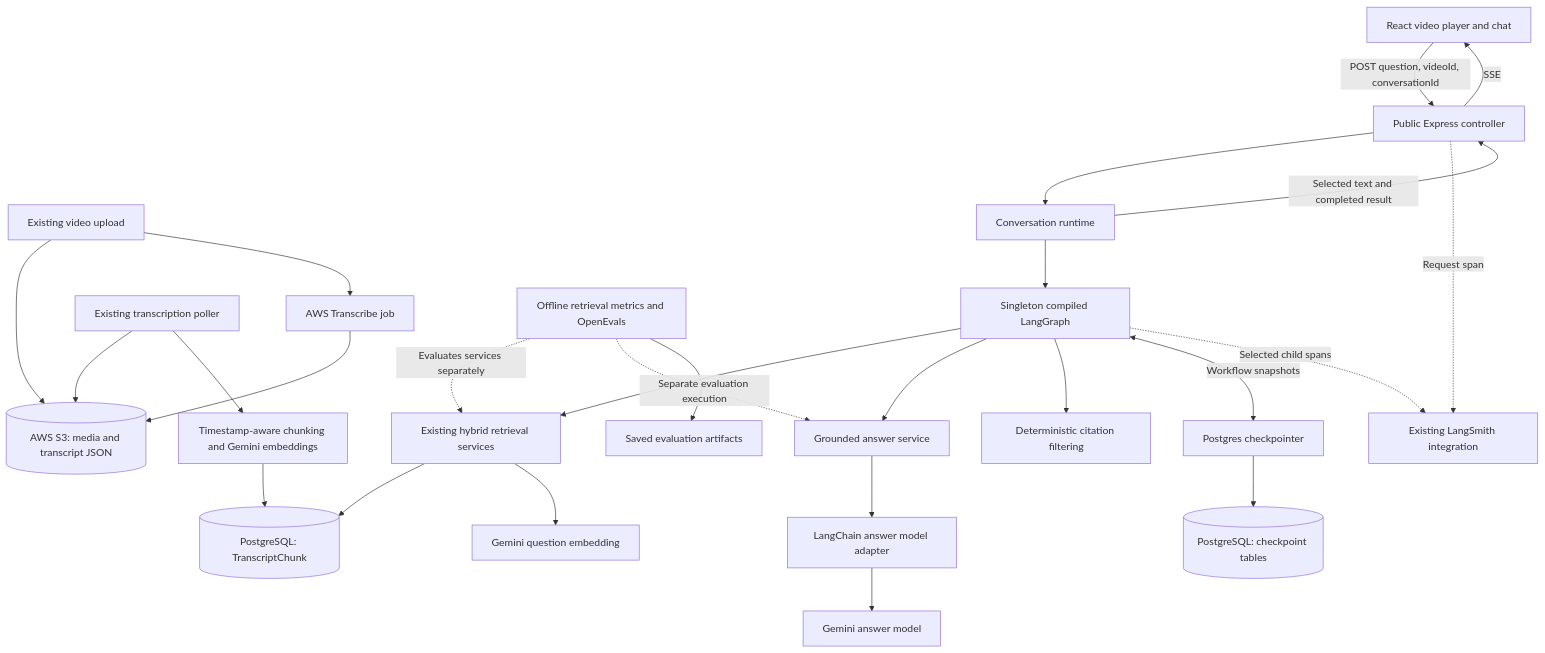
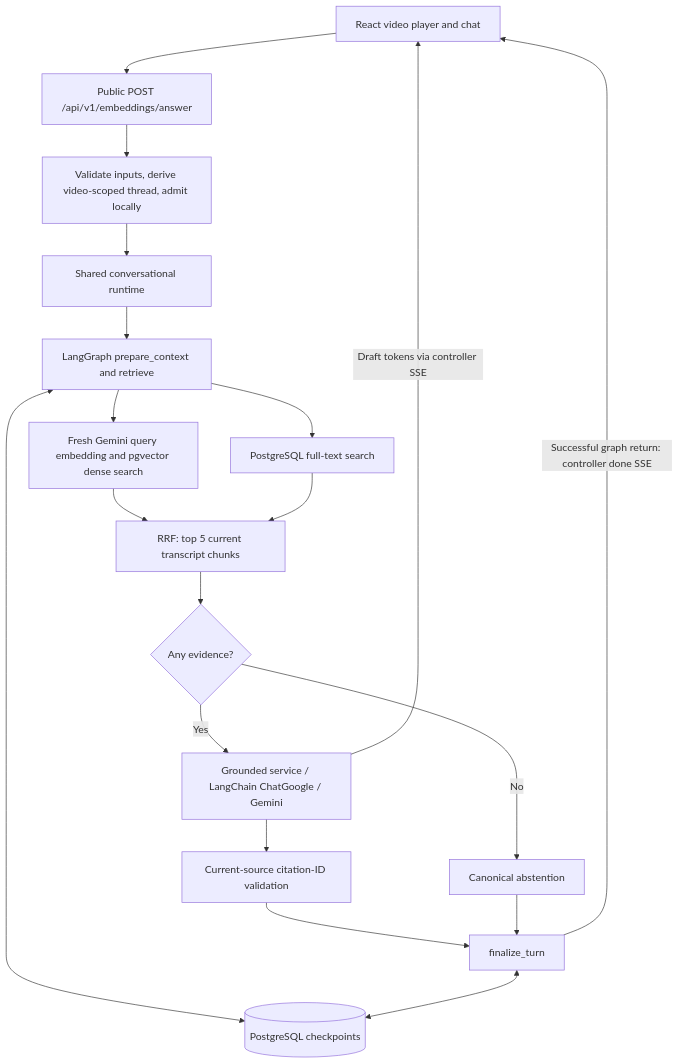
One commit to Pranav04027/bytelearnAI changed the diagram in Backend/BYTELEARN_V2_ARCHITECTURE_MAP.md. Above: the diagram before and after it, drawn with Mermaid. The commit also changed other lines of this file and 8 other files, not shown here.

````diff
--- a/Backend/BYTELEARN_V2_ARCHITECTURE_MAP.md
+++ b/Backend/BYTELEARN_V2_ARCHITECTURE_MAP.md
@@ -40,30 +16,21 @@
 ```mermaid
 flowchart TD
-  Upload[Existing video upload] --> S3[(AWS S3: media and transcript JSON)]
-  Upload --> Transcribe[AWS Transcribe job]
-  Transcribe --> S3
-  Poll[Existing transcription poller] --> S3
-  Poll --> Prepare[Timestamp-aware chunking and Gemini embeddings]
-  Prepare --> Evidence[(PostgreSQL: TranscriptChunk)]
-
-  UI[React video player and chat] -->|POST question, videoId, conversationId| HTTP[Public Express controller]
-  HTTP --> Runtime[Conversation runtime]
-  Runtime --> Graph[Singleton compiled LangGraph]
-  Graph --> Retrieval[Existing hybrid retrieval services]
-  Retrieval --> Evidence
-  Retrieval --> Embed[Gemini question embedding]
-  Graph --> Answer[Grounded answer service]
-  Answer --> Adapter[LangChain answer model adapter]
-  Adapter --> Gemini[Gemini answer model]
-  Graph --> Citations[Deterministic citation filtering]
-  Graph <-->|Workflow snapshots| Saver[Postgres checkpointer]
-  Saver --> Checkpoints[(PostgreSQL: checkpoint tables)]
-  Runtime -->|Selected text and completed result| HTTP
-  HTTP -->|SSE| UI
-
-  HTTP -. Request span .-> Traces[Existing LangSmith integration]
-  Graph -. Selected child spans .-> Traces
-  Eval[Offline retrieval metrics and OpenEvals] -. Evaluates services separately .-> Retrieval
-  Eval -. Separate evaluation execution .-> Answer
-  Eval --> Artifacts[Saved evaluation artifacts]
+  UI[React video player and chat] --> HTTP[Public POST /api/v1/embeddings/answer]
+  HTTP --> Identity[Validate inputs, derive video-scoped thread, admit locally]
+  Identity --> Runtime[Shared conversational runtime]
+  Runtime --> Graph[LangGraph prepare_context and retrieve]
+  Graph --> Dense[Fresh Gemini query embedding and pgvector dense search]
+  Graph --> Lexical[PostgreSQL full-text search]
+  Dense --> RRF[RRF: top 5 current transcript chunks]
+  Lexical --> RRF
+  RRF --> Branch{Any evidence?}
+  Branch -->|Yes| Generate[Grounded service / LangChain ChatGoogle / Gemini]
+  Generate --> Validate[Current-source citation-ID validation]
+  Branch -->|No| Abstain[Canonical abstention]
+  Validate --> Final[finalize_turn]
+  Abstain --> Final
+  Generate -->|Draft tokens via controller SSE| UI
+  Final -->|Successful graph return: controller done SSE| UI
+  Graph <--> Saver[(PostgreSQL checkpoints)]
+  Final <--> Saver
 ```
````
